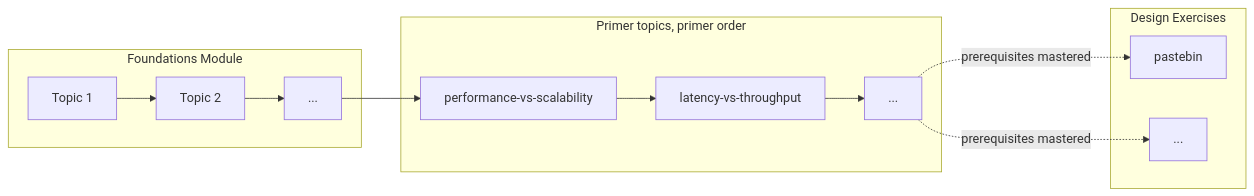
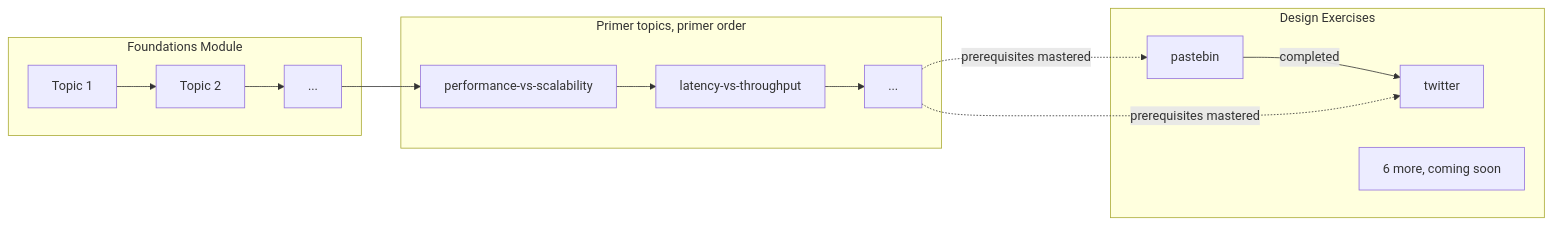
Before and after one commit to jbclaramonte/system-design-from-scratch: the diagram in docs/Learning Path Implementation.md, drawn with Mermaid. The commit also changed other lines of this file and 64 other files, not shown here.

````diff
--- a/docs/Learning Path Implementation.md
+++ b/docs/Learning Path Implementation.md
@@ -15,16 +15,16 @@
 ```mermaid
 flowchart LR
   subgraph F[Foundations Module]
     F1[Topic 1] --> F2[Topic 2] --> Fn[...]
   end
   subgraph P[Primer topics, primer order]
     P1[performance-vs-scalability] --> P2[latency-vs-throughput] --> Pn[...]
   end
   subgraph D[Design Exercises]
-    D1[pastebin]
-    D2[...]
+    D1[pastebin] -- completed --> D2[twitter]
+    D3[6 more, coming soon]
   end
   Fn --> P1
   Pn -. prerequisites mastered .-> D1
   Pn -. prerequisites mastered .-> D2
 ```
````
